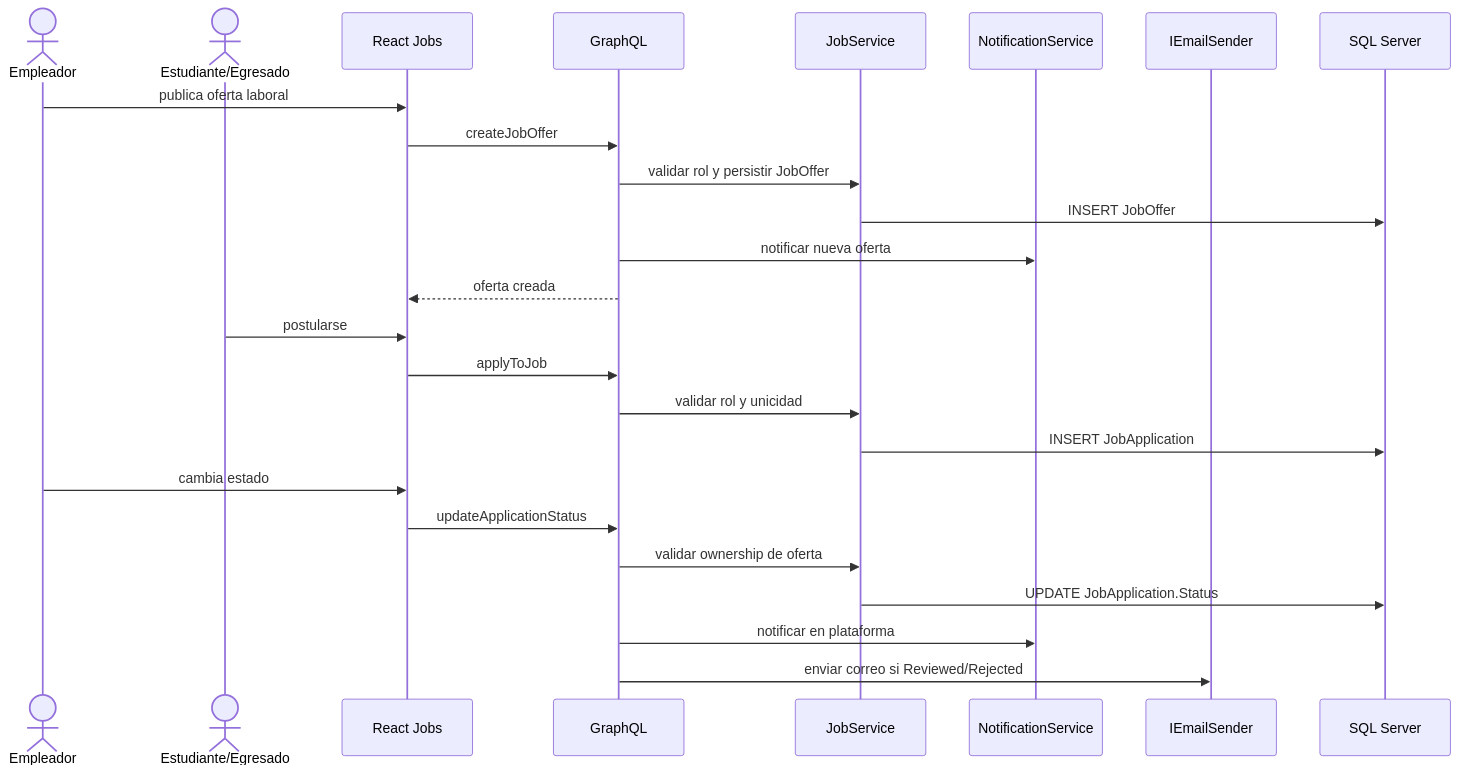
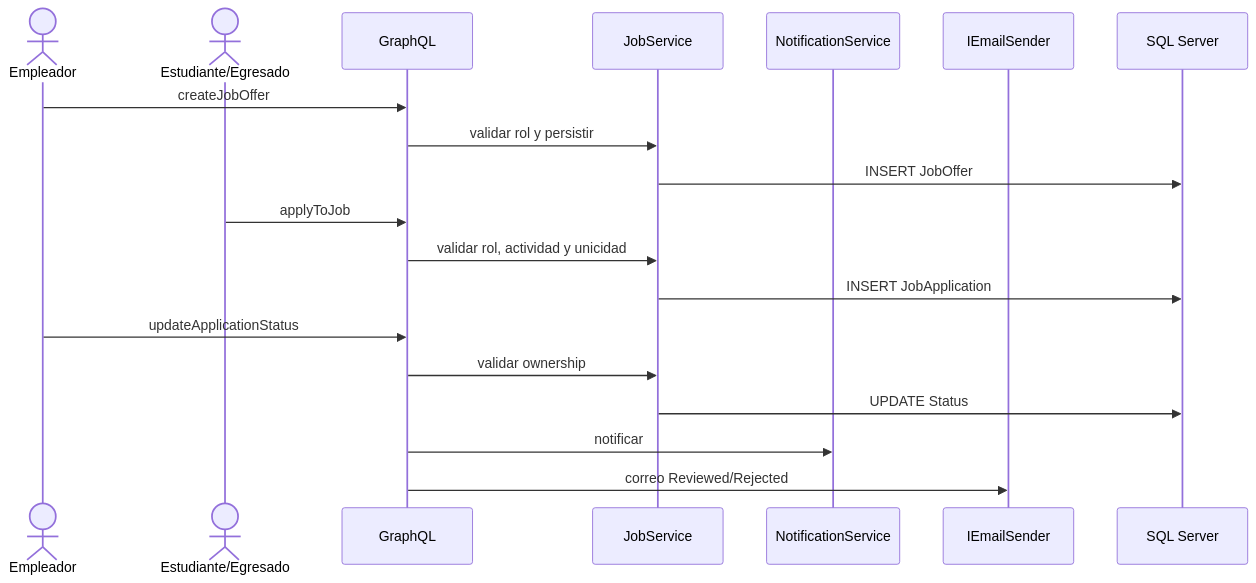
Before and after one commit to fagdiaz/OneITB: the sixth of 7 diagrams in docs/project_docs/architecture-and-design.md, drawn with Mermaid. The commit also changed other lines of this file and 58 other files, not shown here.

````diff
--- a/docs/project_docs/architecture-and-design.md
+++ b/docs/project_docs/architecture-and-design.md
@@ -193,27 +452,21 @@
 ```mermaid
 sequenceDiagram
     actor Employer as Empleador
     actor Applicant as Estudiante/Egresado
-    participant FE as React Jobs
     participant GQL as GraphQL
     participant Jobs as JobService
     participant Notify as NotificationService
     participant Email as IEmailSender
     participant DB as SQL Server
-    Employer->>FE: publica oferta laboral
-    FE->>GQL: createJobOffer
-    GQL->>Jobs: validar rol y persistir JobOffer
+    Employer->>GQL: createJobOffer
+    GQL->>Jobs: validar rol y persistir
     Jobs->>DB: INSERT JobOffer
-    GQL->>Notify: notificar nueva oferta
-    GQL-->>FE: oferta creada
-    Applicant->>FE: postularse
-    FE->>GQL: applyToJob
-    GQL->>Jobs: validar rol y unicidad
+    Applicant->>GQL: applyToJob
+    GQL->>Jobs: validar rol, actividad y unicidad
     Jobs->>DB: INSERT JobApplication
-    Employer->>FE: cambia estado
-    FE->>GQL: updateApplicationStatus
-    GQL->>Jobs: validar ownership de oferta
-    Jobs->>DB: UPDATE JobApplication.Status
-    GQL->>Notify: notificar en plataforma
-    GQL->>Email: enviar correo si Reviewed/Rejected
+    Employer->>GQL: updateApplicationStatus
+    GQL->>Jobs: validar ownership
+    Jobs->>DB: UPDATE Status
+    GQL->>Notify: notificar
+    GQL->>Email: correo Reviewed/Rejected
 ```
````
